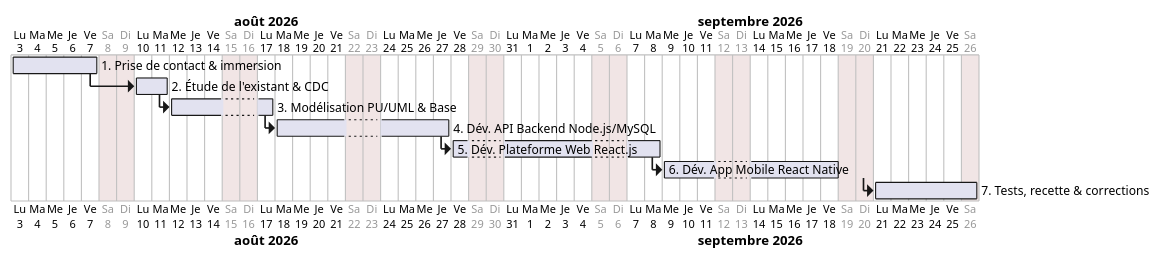
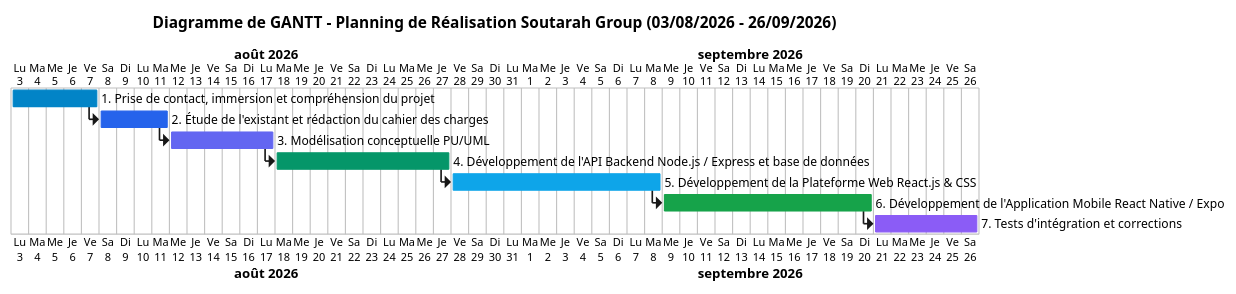
One commit to gttguy2717/site-base-de-donnees changed the diagram in diagrammes/gantt/diagramme-gantt.puml. Above: the diagram before and after it, drawn with PlantUML. The commit also changed 2336 other files, not shown here.

```diff
--- a/diagrammes/gantt/diagramme-gantt.puml
+++ b/diagrammes/gantt/diagramme-gantt.puml
@@ -1,21 +1,30 @@
 @startgantt diagramme-gantt-plantuml
 language fr
 project starts 2026-08-03
-saturday are closed
-sunday are closed
 
-[1. Prise de contact & immersion] as [T1] starts 2026-08-03 and ends 2026-08-07
-[2. Étude de l'existant & CDC] as [T2] starts 2026-08-08 and ends 2026-08-11
-[3. Modélisation PU/UML & Base] as [T3] starts 2026-08-12 and ends 2026-08-17
-[4. Dév. API Backend Node.js/MySQL] as [T4] starts 2026-08-18 and ends 2026-08-27
-[5. Dév. Plateforme Web React.js] as [T5] starts 2026-08-28 and ends 2026-09-08
-[6. Dév. App Mobile React Native] as [T6] starts 2026-09-09 and ends 2026-09-20
-[7. Tests, recette & corrections] as [T7] starts 2026-09-21 and ends 2026-09-26
+title Diagramme de GANTT - Planning de Réalisation Soutarah Group (03/08/2026 - 26/09/2026)
+
+[1. Prise de contact, immersion et compréhension du projet] as [T1] starts 2026-08-03 and ends 2026-08-07
+[2. Étude de l'existant et rédaction du cahier des charges] as [T2] starts 2026-08-08 and ends 2026-08-11
+[3. Modélisation conceptuelle PU/UML] as [T3] starts 2026-08-12 and ends 2026-08-17
+[4. Développement de l'API Backend Node.js / Express et base de données] as [T4] starts 2026-08-18 and ends 2026-08-27
+[5. Développement de la Plateforme Web React.js & CSS] as [T5] starts 2026-08-28 and ends 2026-09-08
+[6. Développement de l'Application Mobile React Native / Expo] as [T6] starts 2026-09-09 and ends 2026-09-20
+[7. Tests d'intégration et corrections] as [T7] starts 2026-09-21 and ends 2026-09-26
 
 [T1] -> [T2]
 [T2] -> [T3]
 [T3] -> [T4]
 [T4] -> [T5]
 [T5] -> [T6]
 [T6] -> [T7]
+
+[T1] is colored in #0284c7
+[T2] is colored in #2563eb
+[T3] is colored in #6366f1
+[T4] is colored in #059669
+[T5] is colored in #0ea5e9
+[T6] is colored in #16a34a
+[T7] is colored in #8b5cf6
+
 @endgantt
```
